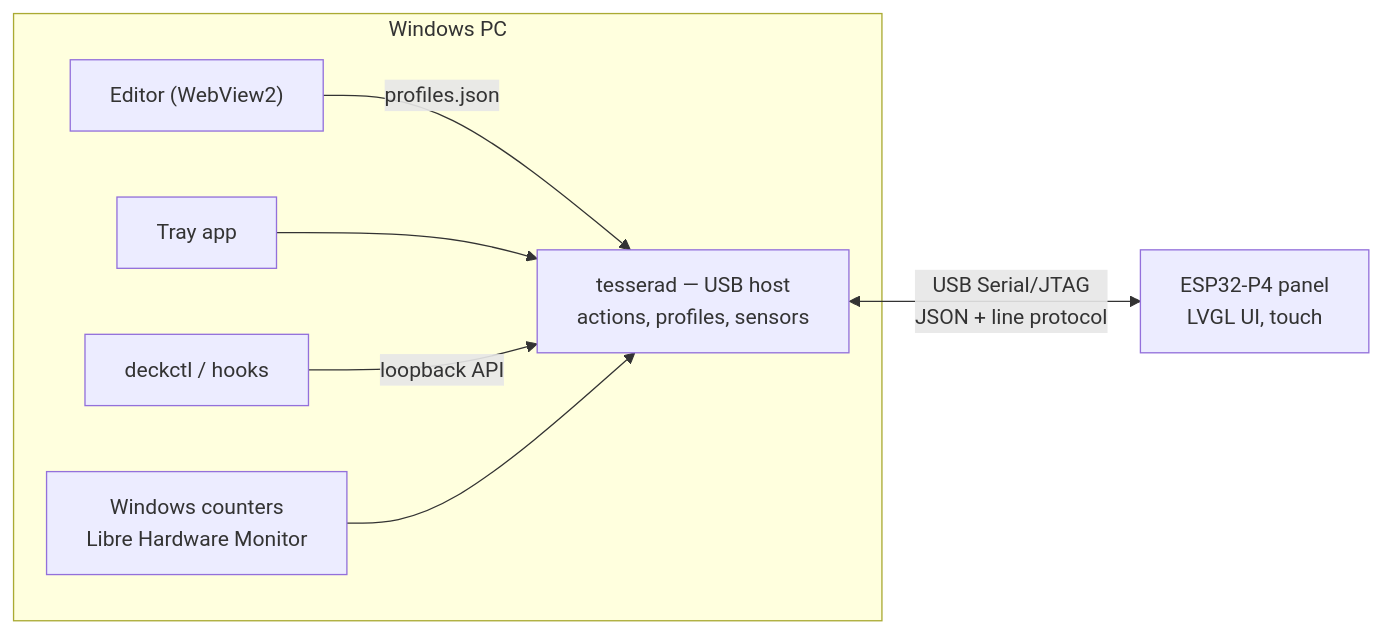
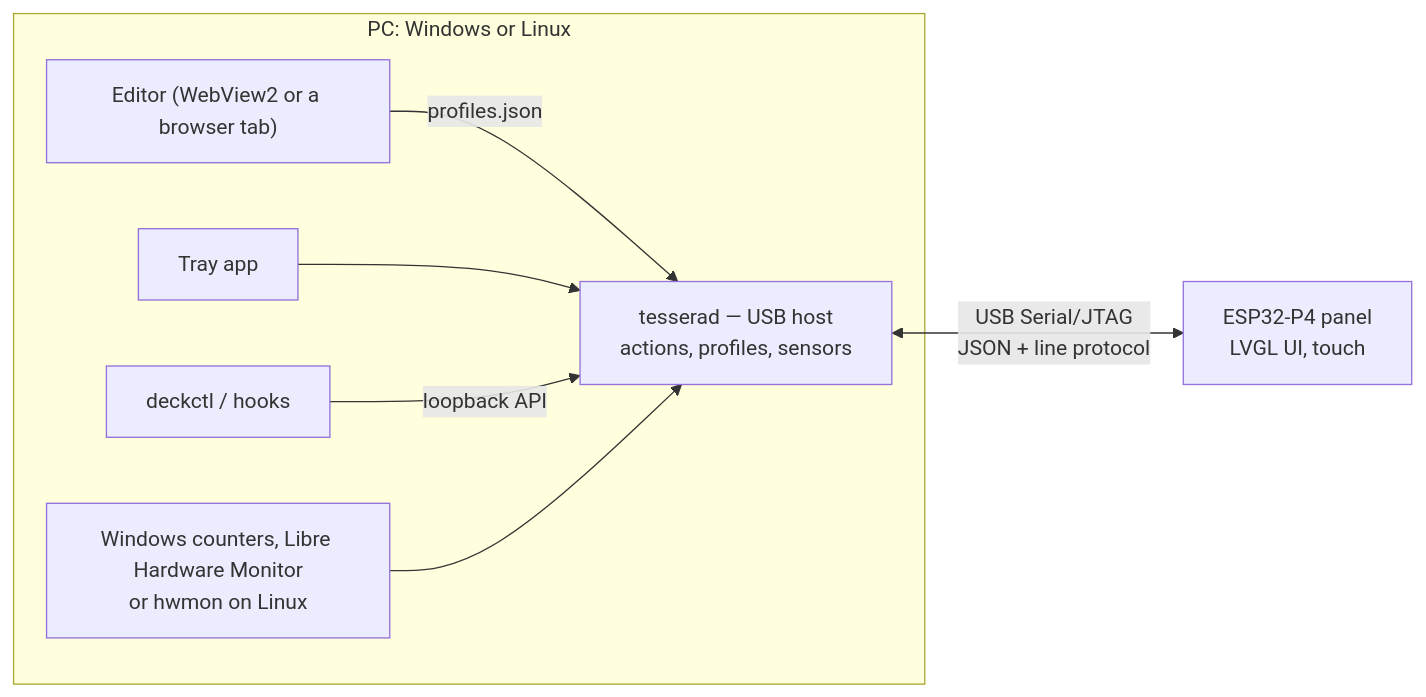
The diagram in README.md (catorendal-a11y/tessera-deck), drawn with Mermaid before and after one commit. The commit also changed other lines of this file and 5 other files, not shown here.

First line of the commit message:
docs: say the host runs on Linux (X11) as well

````diff
--- a/README.md
+++ b/README.md
@@ -148,11 +150,11 @@
 ```mermaid
 flowchart LR
-    subgraph PC["Windows PC"]
-        Editor["Editor (WebView2)"] -->|profiles.json| Host
+    subgraph PC["PC: Windows or Linux"]
+        Editor["Editor (WebView2 or a browser tab)"] -->|profiles.json| Host
         Tray["Tray app"] --> Host
         CLI["deckctl / hooks"] -->|loopback API| Host
-        Sensors["Windows counters<br/>Libre Hardware Monitor"] --> Host
+        Sensors["Windows counters, Libre Hardware Monitor<br/>or hwmon on Linux"] --> Host
         Host["tesserad — USB host<br/>actions, profiles, sensors"]
     end
     Host <-->|"USB Serial/JTAG<br/>JSON + line protocol"| Panel["ESP32-P4 panel<br/>LVGL UI, touch"]
 ```
````
